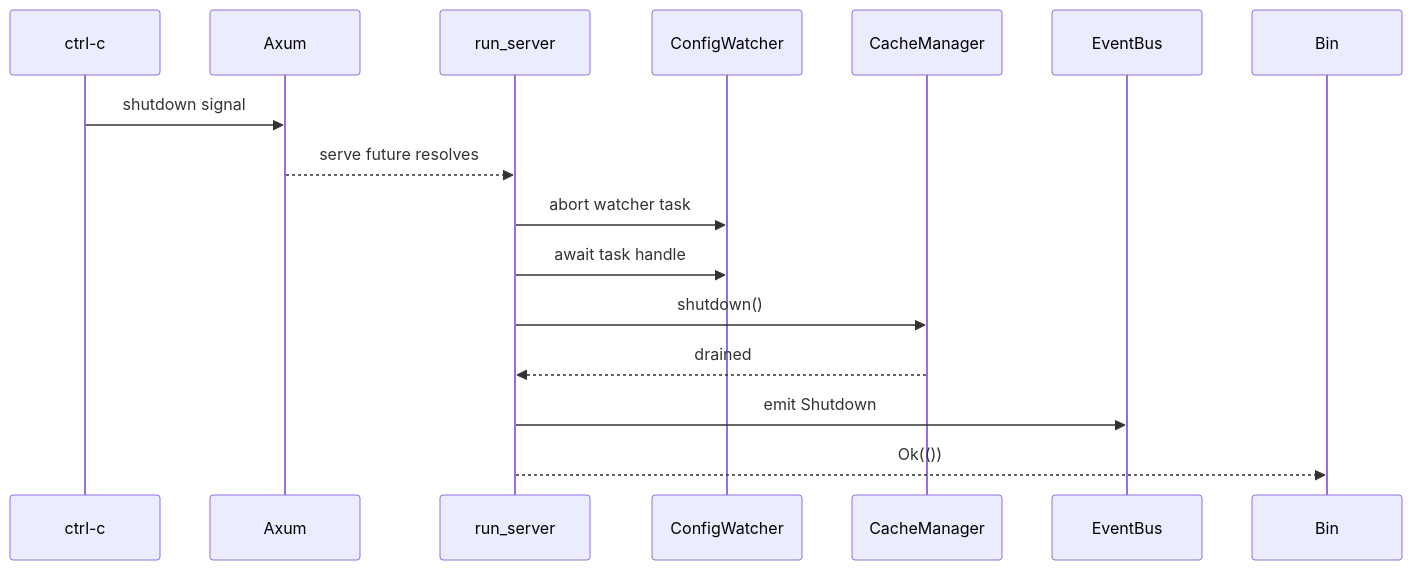
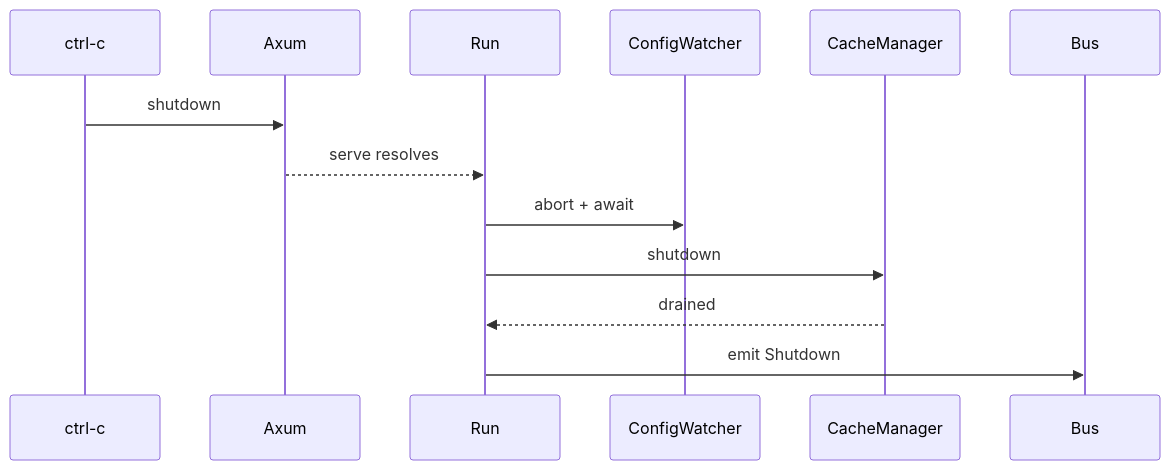
Before and after one commit to Lighty-Launcher/LightyUpdater: the second of 3 diagrams in crates/runtime/docs/flows.md, drawn with Mermaid. The commit also changed other lines of this file and 22 other files, not shown here.

First line of the commit message:
Simplify per-crate docs + harden mermaid for GitBook

````diff
--- a/crates/runtime/docs/flows.md
+++ b/crates/runtime/docs/flows.md
@@ -49,18 +33,16 @@
 ```mermaid
 sequenceDiagram
     participant Sig as ctrl-c
     participant Axum
-    participant Run as run_server
+    participant Run
     participant Watch as ConfigWatcher
     participant Cache as CacheManager
-    participant Bus as EventBus
+    participant Bus
 
-    Sig->>Axum: shutdown signal
-    Axum-->>Run: serve future resolves
-    Run->>Watch: abort watcher task
-    Run->>Watch: await task handle
-    Run->>Cache: shutdown()
+    Sig->>Axum: shutdown
+    Axum-->>Run: serve resolves
+    Run->>Watch: abort + await
+    Run->>Cache: shutdown
     Cache-->>Run: drained
     Run->>Bus: emit Shutdown
-    Run-->>Bin: Ok(())
 ```
````
